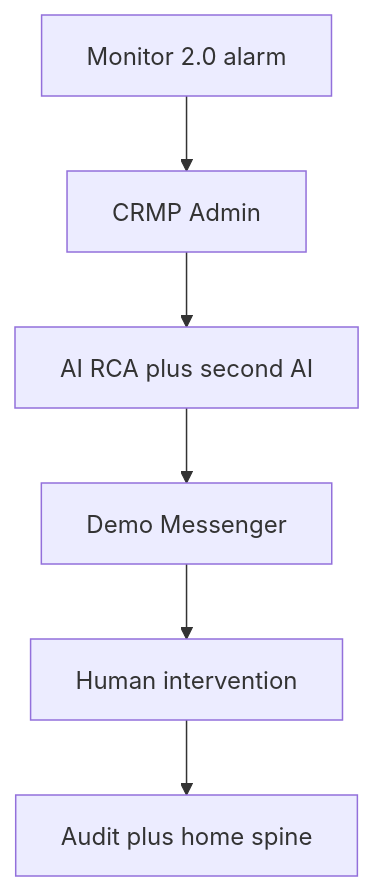
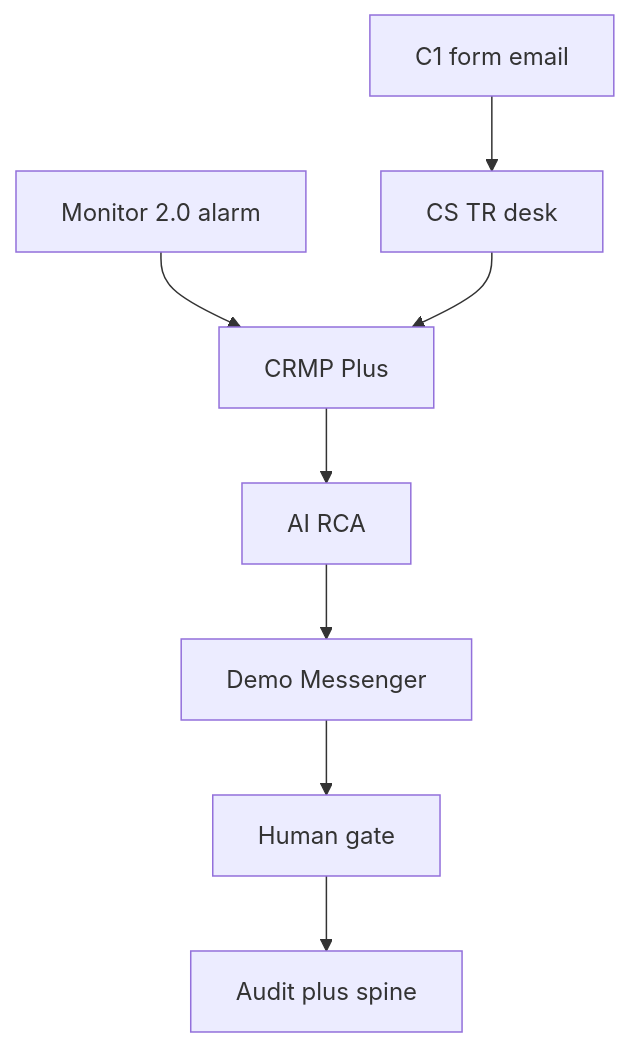
The first of 12 diagrams in platform/docs/USER_GUIDE.md (hxyan2020/PRD), drawn with Mermaid before and after one commit. The commit also changed other lines of this file and 31 other files, not shown here.

First line of the commit message:
Give CRMP Plus its own Pages URL and leave original CRMP Admin frozen.

````diff
--- a/platform/docs/USER_GUIDE.md
+++ b/platform/docs/USER_GUIDE.md
@@ -32,8 +33,10 @@
 ```mermaid
 graph TD
-  Monitor[Monitor 2.0 alarm] --> Desk[CRMP Admin]
-  Desk --> AI[AI RCA plus second AI]
+  Monitor[Monitor 2.0 alarm] --> Plus[CRMP Plus]
+  Client[C1 form email] --> Cs[CS TR desk]
+  Cs --> Plus
+  Plus --> AI[AI RCA]
   AI --> Msg[Demo Messenger]
-  Msg --> Human[Human intervention]
-  Human --> Audit[Audit plus home spine]
+  Msg --> Human[Human gate]
+  Human --> Audit[Audit plus spine]
 ```
````
